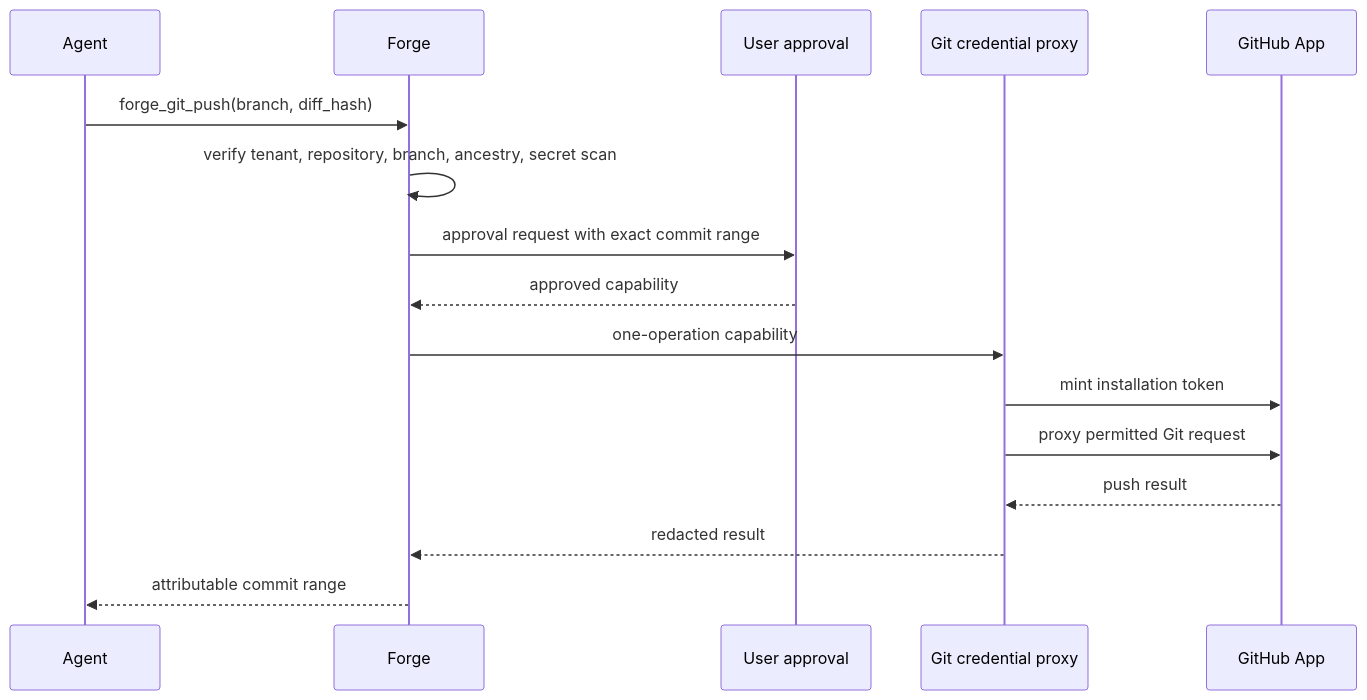
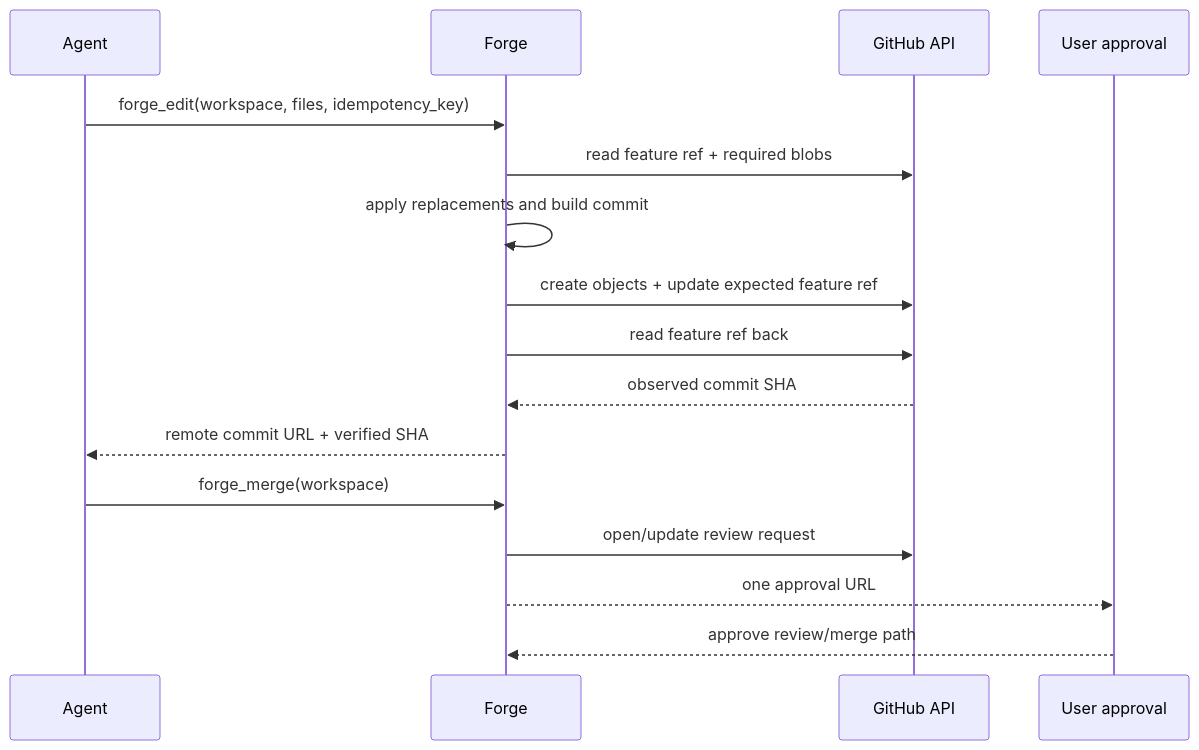
One commit to timc0y/forge-mcp changed the third of 3 diagrams in docs/architecture/sequences.md. Above: the diagram before and after it, drawn with Mermaid. The commit also changed other lines of this file and 40 other files, not shown here.

Commit message:
Harden Forge transport and remote mutation safety

````diff
--- a/docs/architecture/sequences.md
+++ b/docs/architecture/sequences.md
@@ -55,19 +55,19 @@
 ```mermaid
 sequenceDiagram
   participant A as Agent
   participant F as Forge
+  participant GH as GitHub API
   participant U as User approval
-  participant G as Git credential proxy
-  participant GH as GitHub App
 
-  A->>F: forge_git_push(branch, diff_hash)
-  F->>F: verify tenant, repository, branch, ancestry, secret scan
-  F->>U: approval request with exact commit range
-  U-->>F: approved capability
-  F->>G: one-operation capability
-  G->>GH: mint installation token
-  G->>GH: proxy permitted Git request
-  GH-->>G: push result
-  G-->>F: redacted result
-  F-->>A: attributable commit range
+  A->>F: forge_edit(workspace, files, idempotency_key)
+  F->>GH: read feature ref + required blobs
+  F->>F: apply replacements and build commit
+  F->>GH: create objects + update expected feature ref
+  F->>GH: read feature ref back
+  GH-->>F: observed commit SHA
+  F-->>A: remote commit URL + verified SHA
+  A->>F: forge_merge(workspace)
+  F->>GH: open/update review request
+  F-->>U: one approval URL
+  U-->>F: approve review/merge path
 ```
````
